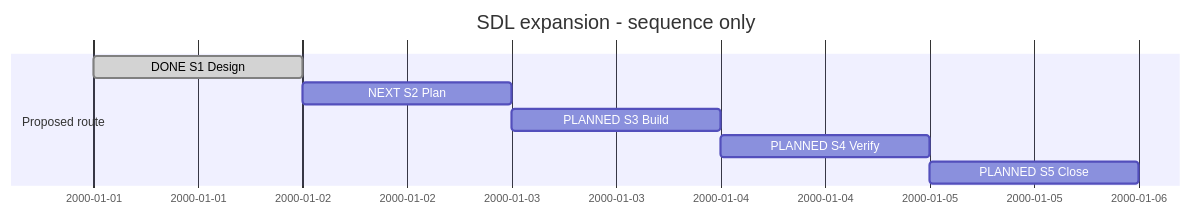
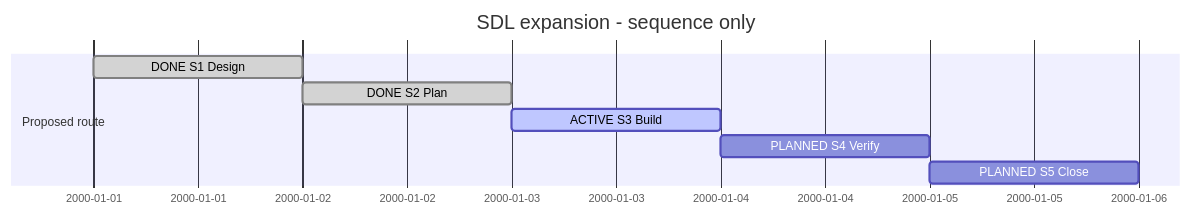
One commit to Hans-Einar/SDP changed the diagram in SDP/Sessions/session-#0001--SDL_expansion.md. Above: the diagram before and after it, drawn with Mermaid. The commit also changed other lines of this file and 6 other files, not shown here.

````diff
--- a/SDP/Sessions/session-#0001--SDL_expansion.md
+++ b/SDP/Sessions/session-#0001--SDL_expansion.md
@@ -15,11 +15,11 @@
 ```mermaid
 gantt
     title SDL expansion - sequence only
     dateFormat YYYY-MM-DD
     section Proposed route
     DONE S1 Design :done, s1, 2000-01-01, 1d
-    NEXT S2 Plan :s2, after s1, 1d
-    PLANNED S3 Build :s3, after s2, 1d
+    DONE S2 Plan :done, s2, after s1, 1d
+    ACTIVE S3 Build :active, s3, after s2, 1d
     PLANNED S4 Verify :s4, after s3, 1d
     PLANNED S5 Close :s5, after s4, 1d
 ```
````
